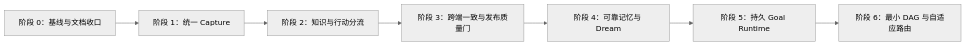
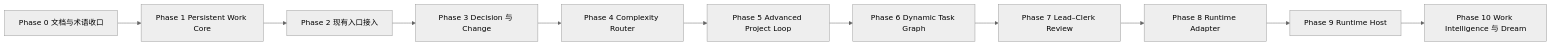
Before and after one commit to bobbik1984/bob-agent: the diagram in docs/BOB_EVOLUTION_ROADMAP.md, drawn with Mermaid (neutral theme). The commit also changed other lines of this file and 10 other files, not shown here.

````diff
--- a/docs/BOB_EVOLUTION_ROADMAP.md
+++ b/docs/BOB_EVOLUTION_ROADMAP.md
@@ -39,9 +22,13 @@
 ```mermaid
 flowchart LR
-    P0[阶段 0：基线与文档收口] --> P1[阶段 1：统一 Capture]
-    P1 --> P2[阶段 2：知识与行动分流]
-    P2 --> P3[阶段 3：跨端一致与发布质量门]
-    P3 --> P4[阶段 4：可靠记忆与 Dream]
-    P4 --> P5[阶段 5：持久 Goal Runtime]
-    P5 --> P6[阶段 6：最小 DAG 与自适应路由]
+    P0["Phase 0 文档与术语收口"] --> P1["Phase 1 Persistent Work Core"]
+    P1 --> P2["Phase 2 现有入口接入"]
+    P2 --> P3["Phase 3 Decision 与 Change"]
+    P3 --> P4["Phase 4 Complexity Router"]
+    P4 --> P5["Phase 5 Advanced Project Loop"]
+    P5 --> P6["Phase 6 Dynamic Task Graph"]
+    P6 --> P7["Phase 7 Lead–Clerk Review"]
+    P7 --> P8["Phase 8 Runtime Adapter"]
+    P8 --> P9["Phase 9 Runtime Host"]
+    P9 --> P10["Phase 10 Work Intelligence 与 Dream"]
 ```
````
